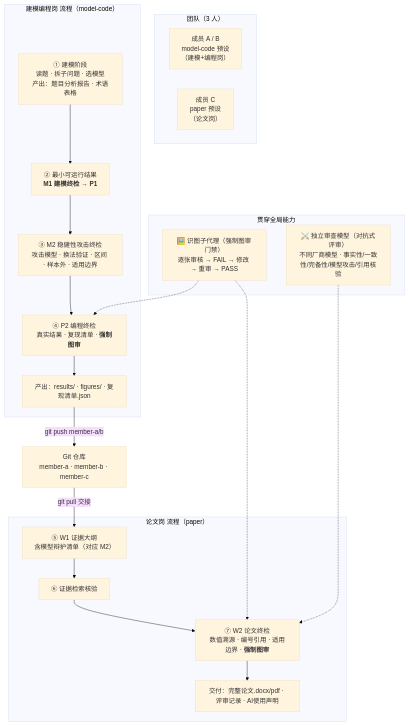
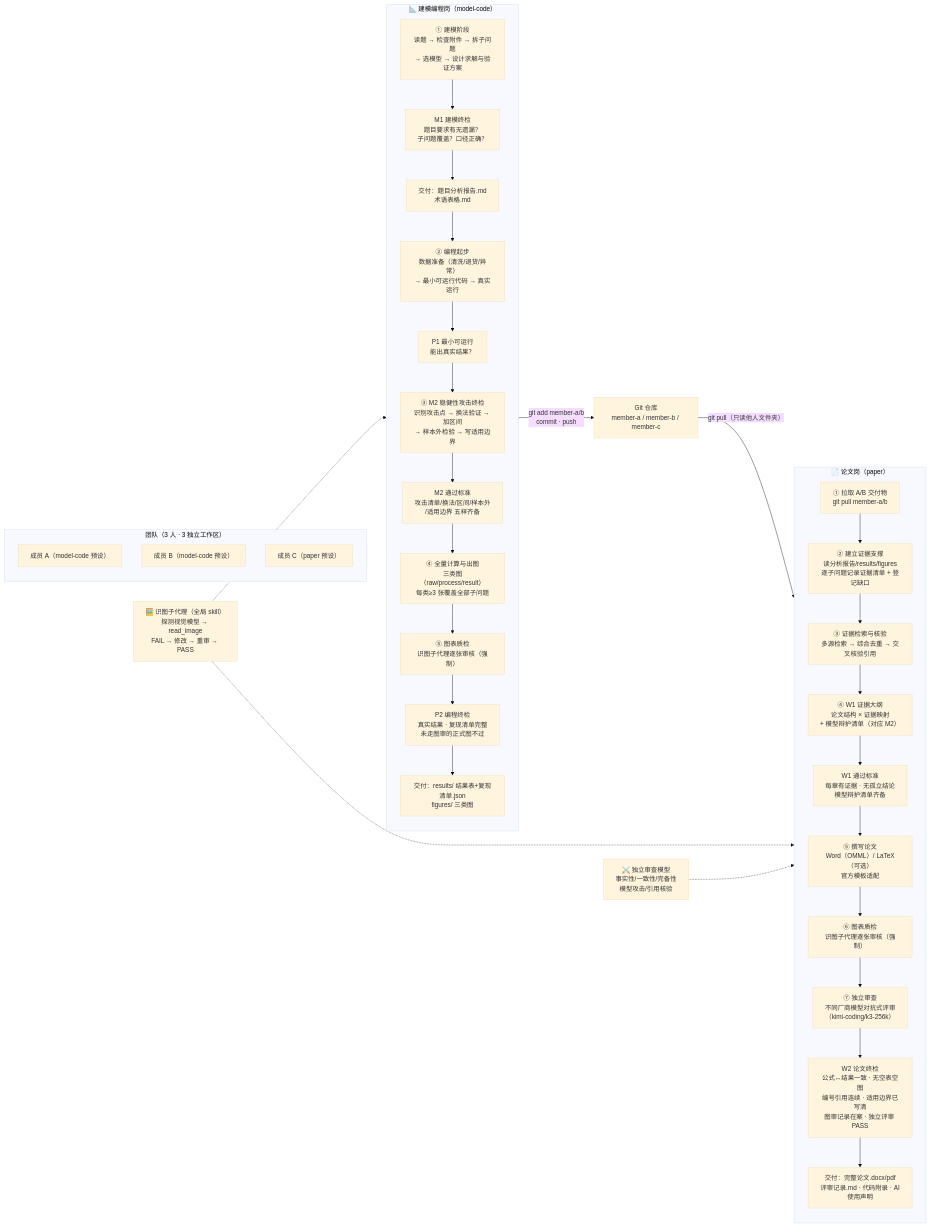
One commit to OrinVoss/dsh-math-team changed the diagram in README.md. Above: the diagram before and after it, drawn with Mermaid (base theme). The commit also changed other lines of this file and 1 other file, not shown here.

Commit message:
docs: README 工作流细化为详细版 (流程图含每步输入输出+门禁检查项明细表+图审/评审细节, 中英双语)

````diff
--- a/README.md
+++ b/README.md
@@ -104,35 +106,48 @@
 ```mermaid
-flowchart TB
-    subgraph team["团队（3 人）"]
-        A1["成员 A / B<br/>model-code 预设<br/>（建模+编程岗）"]
-        C1["成员 C<br/>paper 预设<br/>（论文岗）"]
+flowchart LR
+    subgraph team["团队（3 人 · 3 独立工作区）"]
+        direction TB
+        A["成员 A（model-code 预设）"]
+        B["成员 B（model-code 预设）"]
+        C["成员 C（paper 预设）"]
     end
 
-    subgraph modelcode["建模编程岗 流程（model-code）"]
-        M1["① 建模阶段<br/>读题 · 拆子问题 · 选模型<br/>产出：题目分析报告 · 术语表格"]
-        P1["② 最小可运行结果<br/><b>M1 建模终检 → P1</b>"]
-        M2["③ M2 稳健性攻击终检<br/>攻击模型 · 换法验证 · 区间 · 样本外 · 适用边界"]
-        P2["④ P2 编程终检<br/>真实结果 · 复现清单 · <b>强制图审</b>"]
-        A2["产出：results/ · figures/ · 复现清单.json"]
-        M1 --> P1 --> M2 --> P2 --> A2
+    subgraph mc["📐 建模编程岗（model-code）"]
+        direction TB
+        S1["① 建模阶段<br/>读题 → 检查附件 → 拆子问题<br/>→ 选模型 → 设计求解与验证方案"]
+        G1["M1 建模终检<br/>题目要求有无遗漏？<br/>子问题覆盖？口径正确？"]
+        D1["交付：题目分析报告.md<br/>术语表格.md"]
+        S2["② 编程起步<br/>数据准备（清洗/退货/异常）<br/>→ 最小可运行代码 → 真实运行"]
+        G2["P1 最小可运行<br/>能出真实结果？"]
+        S3["③ M2 稳健性攻击终检<br/>识别攻击点 → 换法验证 → 加区间<br/>→ 样本外检验 → 写适用边界"]
+        G3["M2 通过标准<br/>攻击清单/换法/区间/样本外<br/>/适用边界 五样齐备"]
+        S4["④ 全量计算与出图<br/>三类图（raw/process/result）<br/>每类≥3 张覆盖全部子问题"]
+        S5["⑤ 图表质检<br/>识图子代理逐张审核（强制）"]
+        G4["P2 编程终检<br/>真实结果 · 复现清单完整<br/>未走图审的正式图不过"]
+        D2["交付：results/ 结果表+复现清单.json<br/>figures/ 三类图"]
+        S1 --> G1 --> D1 --> S2 --> G2 --> S3 --> G3 --> S4 --> S5 --> G4 --> D2
     end
 
-    subgraph paper["论文岗 流程（paper）"]
-        W1["⑤ W1 证据大纲<br/>含模型辩护清单（对应 M2）"]
-        SR["⑥ 证据检索核验"]
-        W2["⑦ W2 论文终检<br/>数值溯源 · 编号引用 · 适用边界 · <b>强制图审</b>"]
-        OUT["交付：完整论文.docx/pdf · 评审记录 · AI使用声明"]
-        W1 --> SR --> W2 --> OUT
+    subgraph pp["📄 论文岗（paper）"]
+        direction TB
+        T1["① 拉取 A/B 交付物<br/>git pull member-a/b"]
+        T2["② 建立证据支撑<br/>读分析报告/results/figures<br/>逐子问题记录证据清单 + 登记缺口"]
+        T3["③ 证据检索与核验<br/>多源检索 → 综合去重 → 交叉核验引用"]
+        T4["④ W1 证据大纲<br/>论文结构 × 证据映射<br/>+ 模型辩护清单（对应 M2）"]
+        G5["W1 通过标准<br/>每章有证据 · 无孤立结论<br/>模型辩护清单齐备"]
+        T5["⑤ 撰写论文<br/>Word（OMML）/ LaTeX（可选）<br/>官方模板适配"]
+        T6["⑥ 图表质检<br/>识图子代理逐张审核（强制）"]
+        T7["⑦ 独立审查<br/>不同厂商模型对抗式评审<br/>（kimi-coding/k3-256k）"]
+        G6["W2 论文终检<br/>公式↔结果一致 · 无空表空图<br/>编号引用连续 · 适用边界已写清<br/>图审记录在案 · 独立评审 PASS"]
+        D3["交付：完整论文.docx/pdf<br/>评审记录.md · 代码附录 · AI使用声明"]
+        T1 --> T2 --> T3 --> T4 --> G5 --> T5 --> T6 --> T7 --> G6 --> D3
     end
 
-    subgraph global["贯穿全局能力"]
-        VISION["🖼️ 识图子代理（强制图审门禁）<br/>逐张审核 → FAIL → 修改 → 重审 → PASS"]
-        REVIEW["⚔️ 独立审查模型（对抗式评审）<br/>不同厂商模型 · 事实性/一致性/完备性/模型攻击/引用核验"]
-    end
-
-    A2 -->|"git push member-a/b"| REPO["Git 仓库<br/>member-a · member-b · member-c"]
-    REPO -->|"git pull 交接"| W1
-    VISION -.-> P2
-    VISION -.-> W2
-    REVIEW -.-> W2
+    D2 -->|"git add member-a/b<br/>commit · push"| REPO["Git 仓库<br/>member-a / member-b / member-c"]
+    REPO -->|"git pull（只读他人文件夹）"| T1
+    V1["🖼️ 识图子代理（全局 skill）<br/>探测视觉模型 → read_image<br/>FAIL → 修改 → 重审 → PASS"]
+    V2["⚔️ 独立审查模型<br/>事实性/一致性/完备性<br/>模型攻击/引用核验"]
+    V1 -.-> S5
+    V1 -.-> T6
+    V2 -.-> T7
 ```
````
